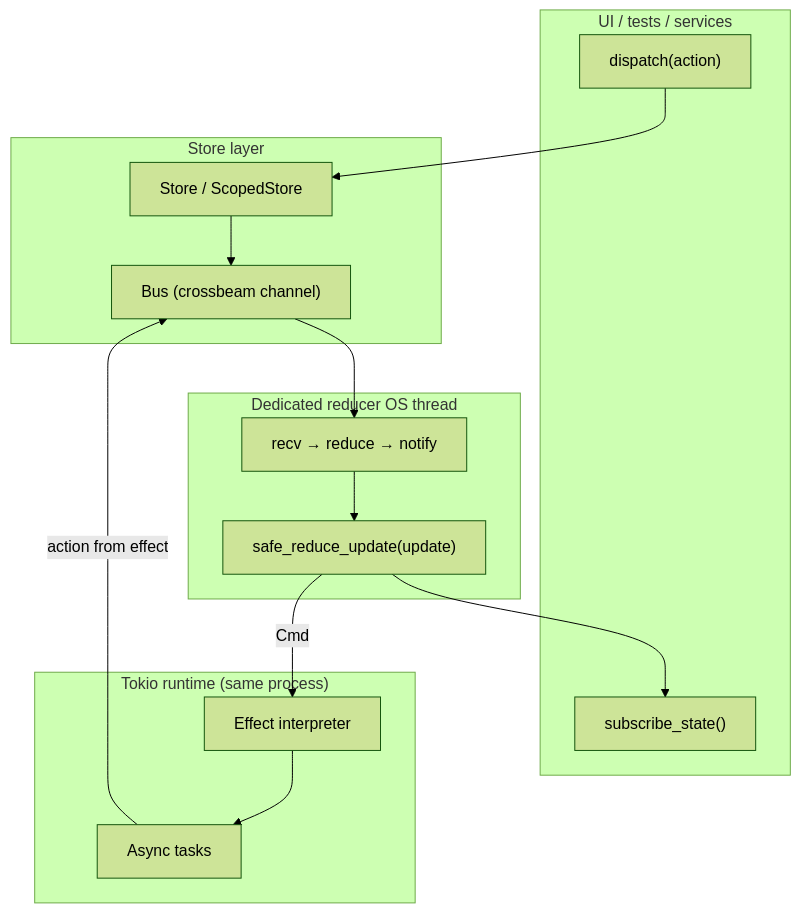
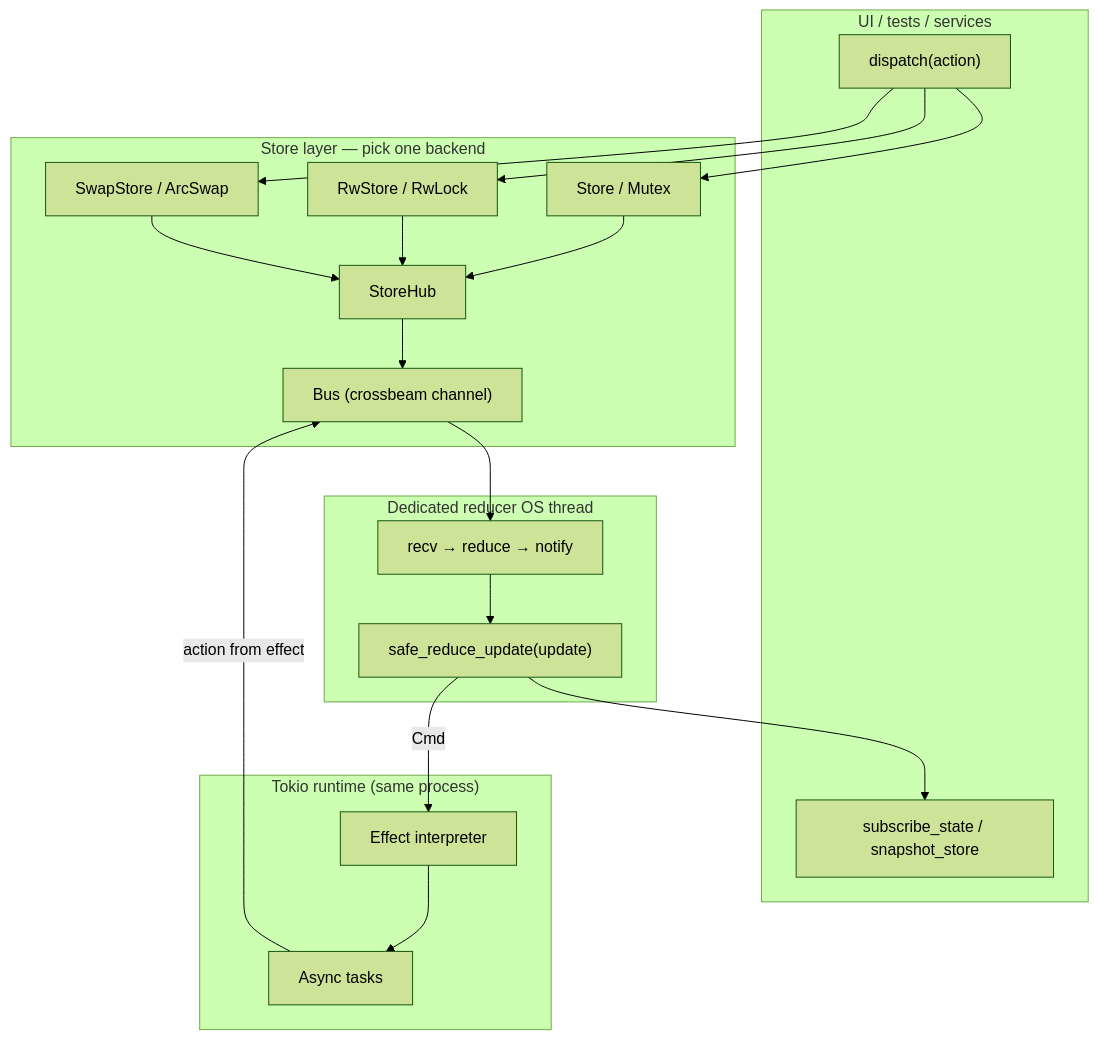
Before and after one commit to akashsoni01/rust-key-paths: the first of 8 diagrams in rust-elm/book/architecture.md, drawn with Mermaid (forest theme). The commit also changed other lines of this file and 5 other files, not shown here.

````diff
--- a/rust-elm/book/architecture.md
+++ b/rust-elm/book/architecture.md
@@ -20,31 +30,39 @@
 ```mermaid
 flowchart TB
     subgraph UI["UI / tests / services"]
         Dispatch["dispatch(action)"]
-        Subscribe["subscribe_state()"]
+        Subscribe["subscribe_state / snapshot_store"]
     end
 
-    subgraph StoreLayer["Store layer"]
-        Store["Store / ScopedStore"]
+    subgraph StoreLayer["Store layer — pick one backend"]
+        StoreM["Store / Mutex"]
+        StoreRw["RwStore / RwLock"]
+        StoreSwap["SwapStore / ArcSwap"]
         Bus["Bus (crossbeam channel)"]
+        Hub["StoreHub"]
     end
 
     subgraph ReducerThread["Dedicated reducer OS thread"]
         Loop["recv → reduce → notify"]
         Reduce["safe_reduce_update(update)"]
     end
 
     subgraph TokioRT["Tokio runtime (same process)"]
         Interpreter["Effect interpreter"]
         Tasks["Async tasks"]
     end
 
-    Dispatch --> Store
-    Store --> Bus
+    Dispatch --> StoreM
+    Dispatch --> StoreRw
+    Dispatch --> StoreSwap
+    StoreM --> Hub
+    StoreRw --> Hub
+    StoreSwap --> Hub
+    Hub --> Bus
     Bus --> Loop
     Loop --> Reduce
     Reduce -->|Cmd| Interpreter
     Interpreter --> Tasks
     Tasks -->|action from effect| Bus
     Reduce --> Subscribe
 ```
````
